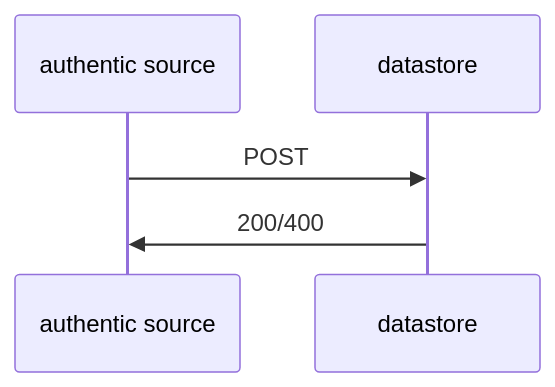
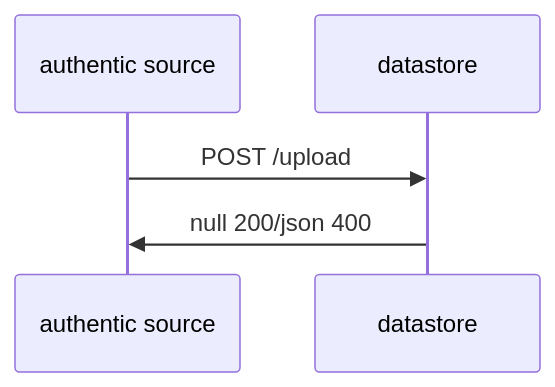
One commit to dc4eu/vc changed the first of 8 diagrams in standards/apiv21.md. Above: the diagram before and after it, drawn with Mermaid. The commit also changed other lines of this file, not shown here.

````diff
--- a/standards/apiv21.md
+++ b/standards/apiv21.md
@@ -11,5 +11,5 @@
 ```mermaid
 sequenceDiagram;
-    authentic source->>datastore: POST;
-    datastore->>authentic source: 200/400;
+    authentic source->>datastore: POST /upload;
+    datastore->>authentic source: null 200/json 400;
 ```
````
